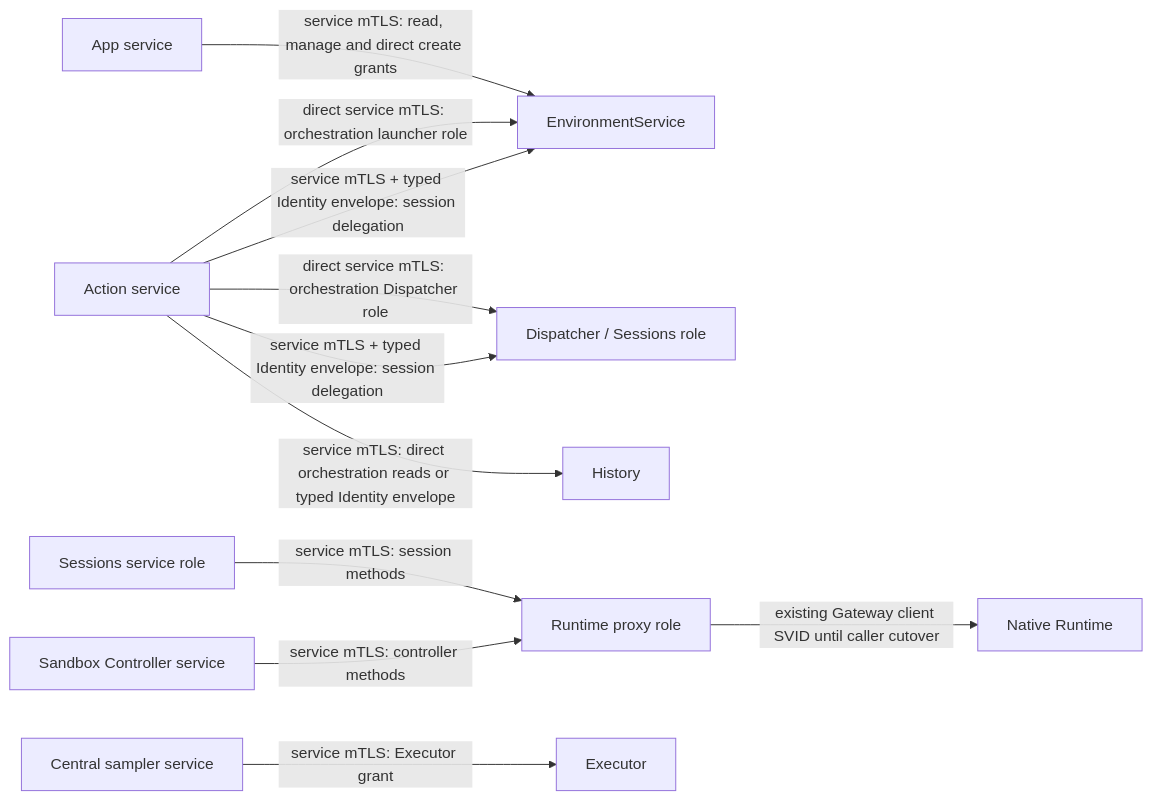
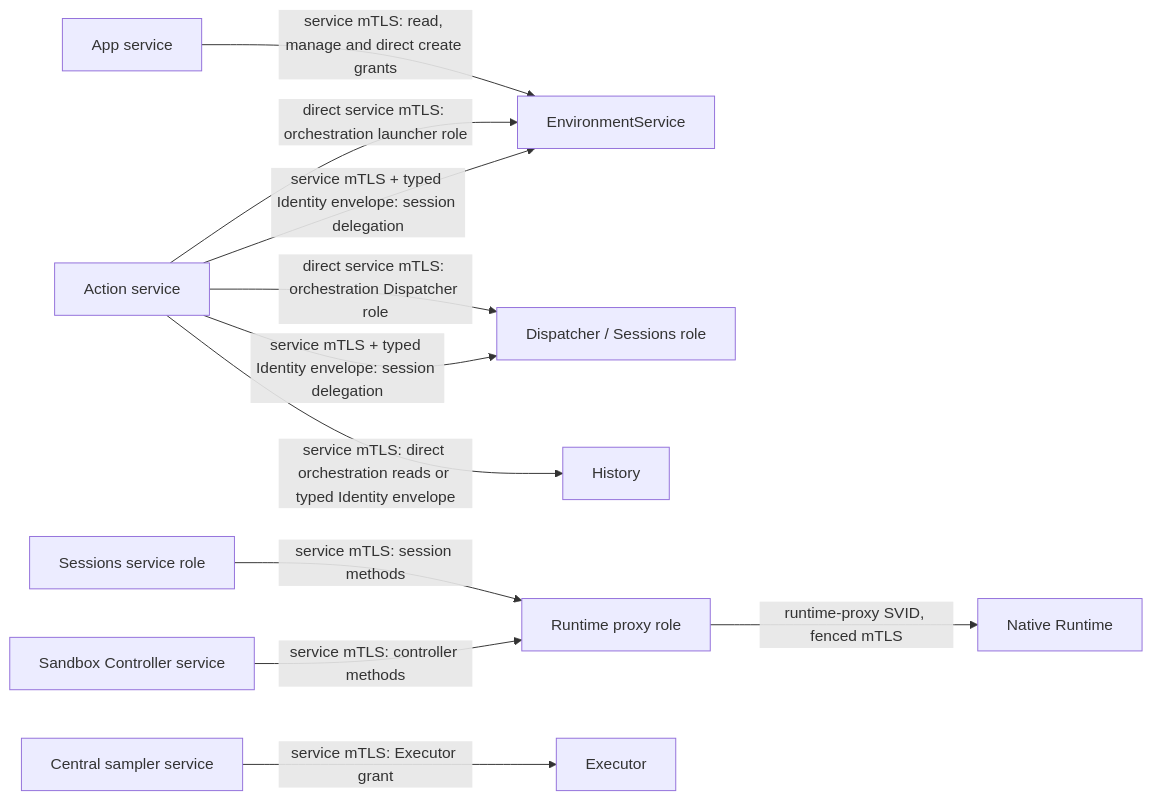
One commit to agentydragon/ducktape changed the third of 18 diagrams in agentplane/docs/system_overview.md. Above: the diagram before and after it, drawn with Mermaid. The commit also changed other lines of this file and 53 other files, not shown here.

Commit message:
Retire Gateway Runtime proxy and Executor receivers

````diff
--- a/agentplane/docs/system_overview.md
+++ b/agentplane/docs/system_overview.md
@@ -378,13 +375,13 @@
 ```mermaid
 flowchart LR
     app[App service] -->|service mTLS: read, manage and direct create grants| environments[EnvironmentService]
     actions[Action service] -->|direct service mTLS: orchestration Dispatcher role| dispatcher[Dispatcher / Sessions role]
     actions -->|service mTLS + typed Identity envelope: session delegation| dispatcher
     actions -->|service mTLS: direct orchestration reads or typed Identity envelope| history[History]
     actions -->|direct service mTLS: orchestration launcher role| environments
     actions -->|service mTLS + typed Identity envelope: session delegation| environments
     sessions[Sessions service role] -->|service mTLS: session methods| proxy[Runtime proxy role]
     controller[Sandbox Controller service] -->|service mTLS: controller methods| proxy
     sampler[Central sampler service] -->|service mTLS: Executor grant| executor[Executor]
-    proxy -->|existing Gateway client SVID until caller cutover| runtime[Native Runtime]
+    proxy -->|runtime-proxy SVID, fenced mTLS| runtime[Native Runtime]
 ```
````
